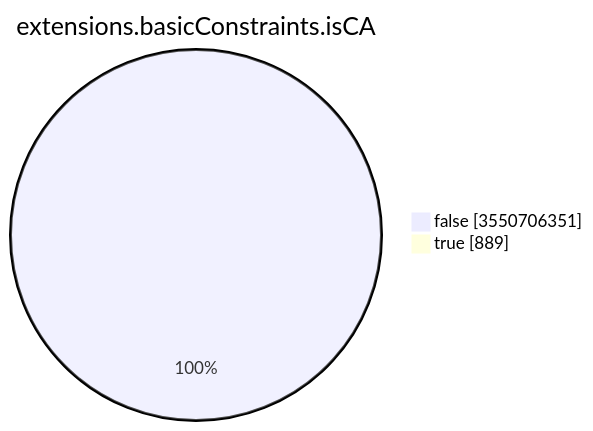
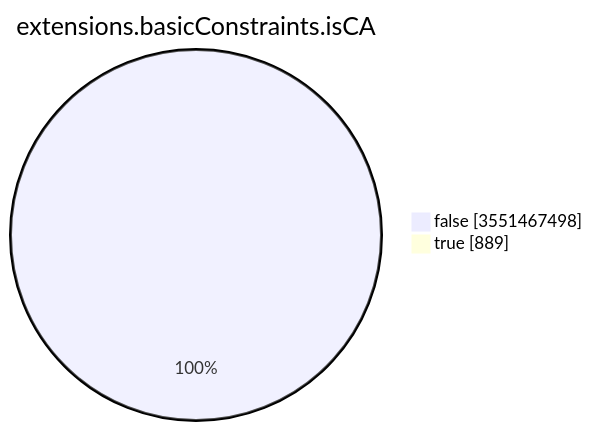
One commit to christiankrug/ctmonitor_visualization changed the seventh of 15 diagrams in TOTAL/README.md. Above: the diagram before and after it, drawn with Mermaid. The commit also changed other lines of this file, not shown here.

````diff
--- a/TOTAL/README.md
+++ b/TOTAL/README.md
@@ -3094,6 +3094,6 @@
 ```mermaid
 pie showData
 title extensions.basicConstraints.isCA
-"false" :3550706351
+"false" :3551467498
 "true" :889
 ```
````
